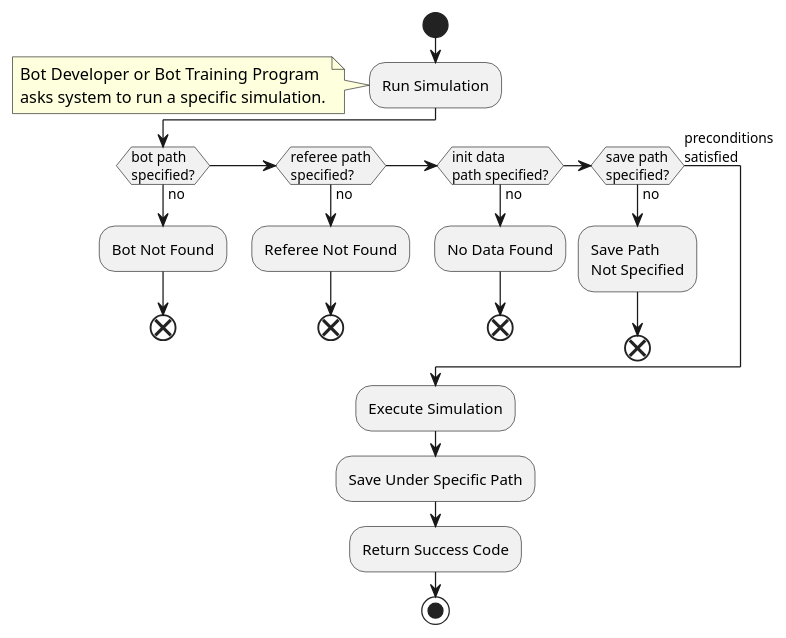
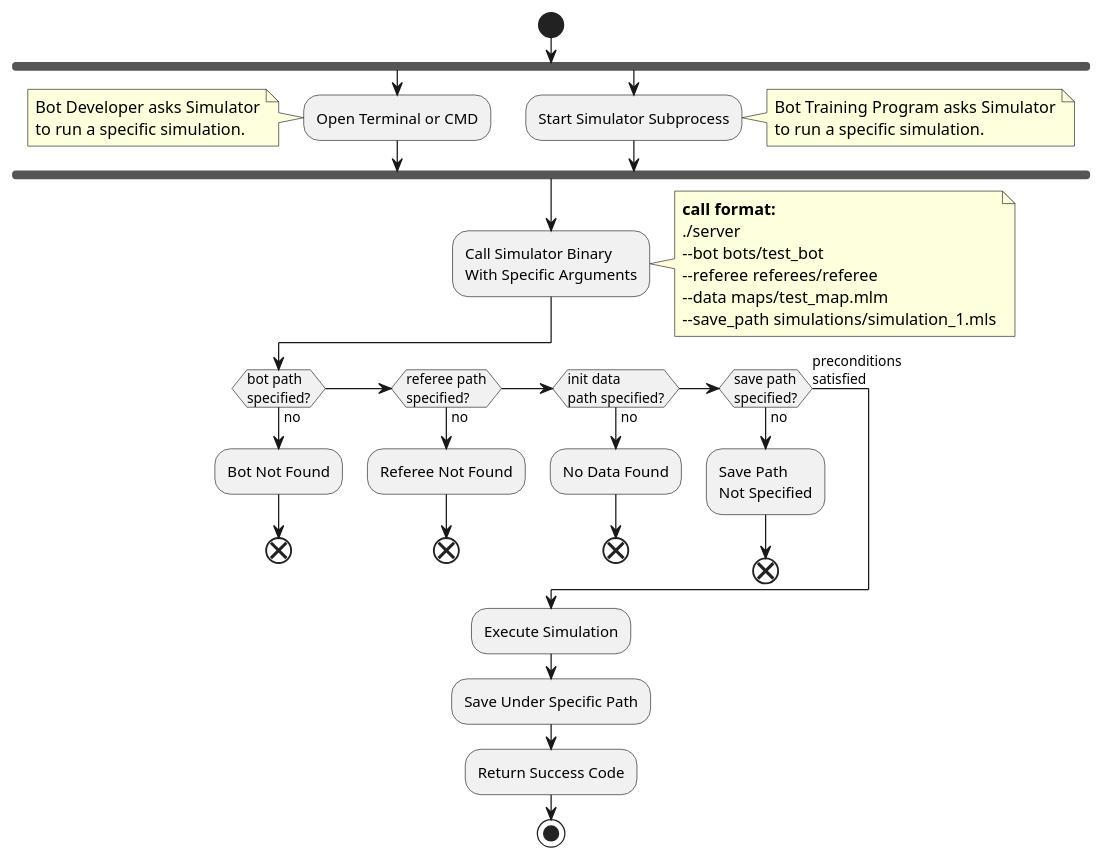
The diagram in documentation/requirements/user_requirements/uc_1/uc_1_flow.puml (vduseev/mars-lander), drawn with PlantUML before and after one commit. The commit also changed 2 other files, not shown here.

Commit message:
Modified run simulation use case.

```diff
--- a/documentation/requirements/user_requirements/uc_1/uc_1_flow.puml
+++ b/documentation/requirements/user_requirements/uc_1/uc_1_flow.puml
@@ -1,32 +1,51 @@
 @startuml
 
 start
 
-:Run Simulation;
-note left
-  Bot Developer or Bot Training Program
-  asks system to run a specific simulation.
+fork
+  :Open Terminal or CMD;
+  note left
+    Bot Developer asks Simulator
+    to run a specific simulation.
+  end note
+fork again
+  :Start Simulator Subprocess;
+  note right
+    Bot Training Program asks Simulator
+    to run a specific simulation.
+  end note
+end fork
+
+:Call Simulator Binary
+With Specific Arguments;
+note right
+  **call format:**
+  ./server
+  --bot bots/test_bot
+  --referee referees/referee
+  --data maps/test_map.mlm
+  --save_path simulations/simulation_1.mls
 end note
 
 if (bot path\nspecified?) then (no)
   :Bot Not Found;
   end
 elseif (referee path\nspecified?) then (no)
   :Referee Not Found;
   end
 elseif (init data\npath specified?) then (no)
   :No Data Found;
   end
 elseif (save path\nspecified?) then (no)
   :Save Path
   Not Specified;
    end
 else (preconditions\nsatisfied)
 endif
 :Execute Simulation;
 :Save Under Specific Path;
 :Return Success Code;
 
 stop
 
 @enduml
```
